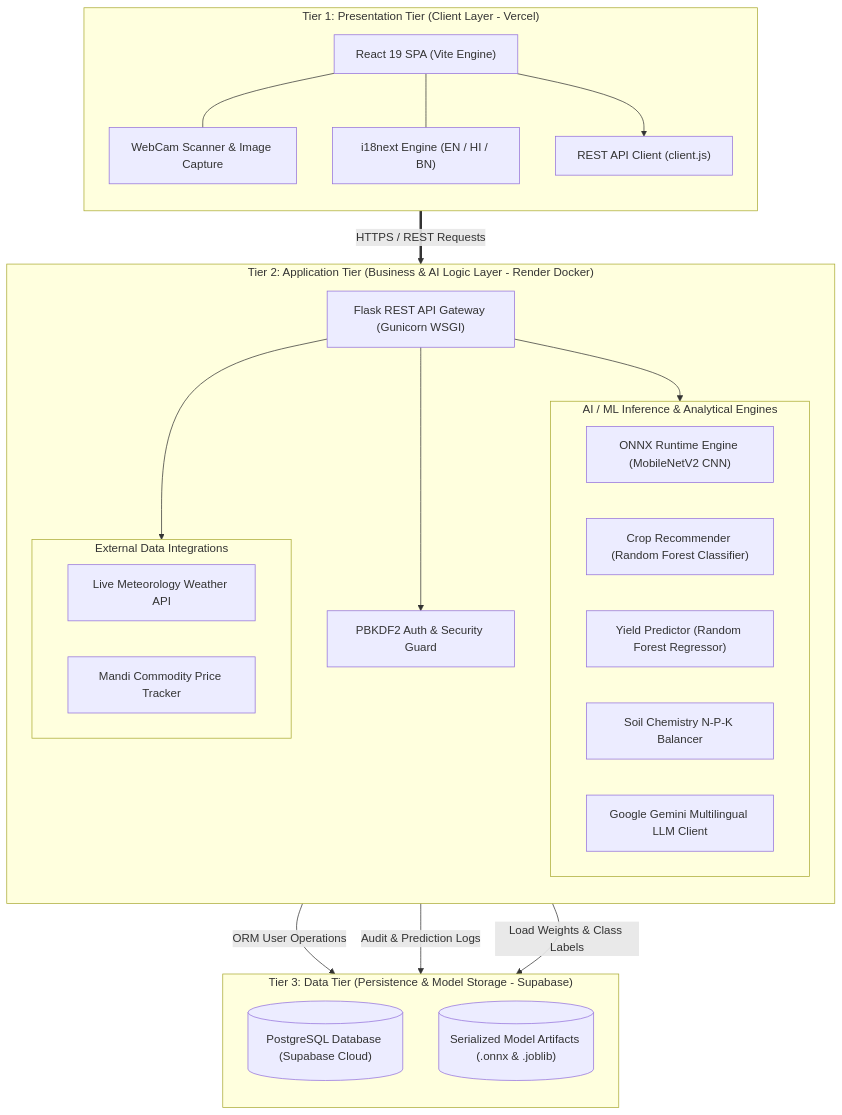
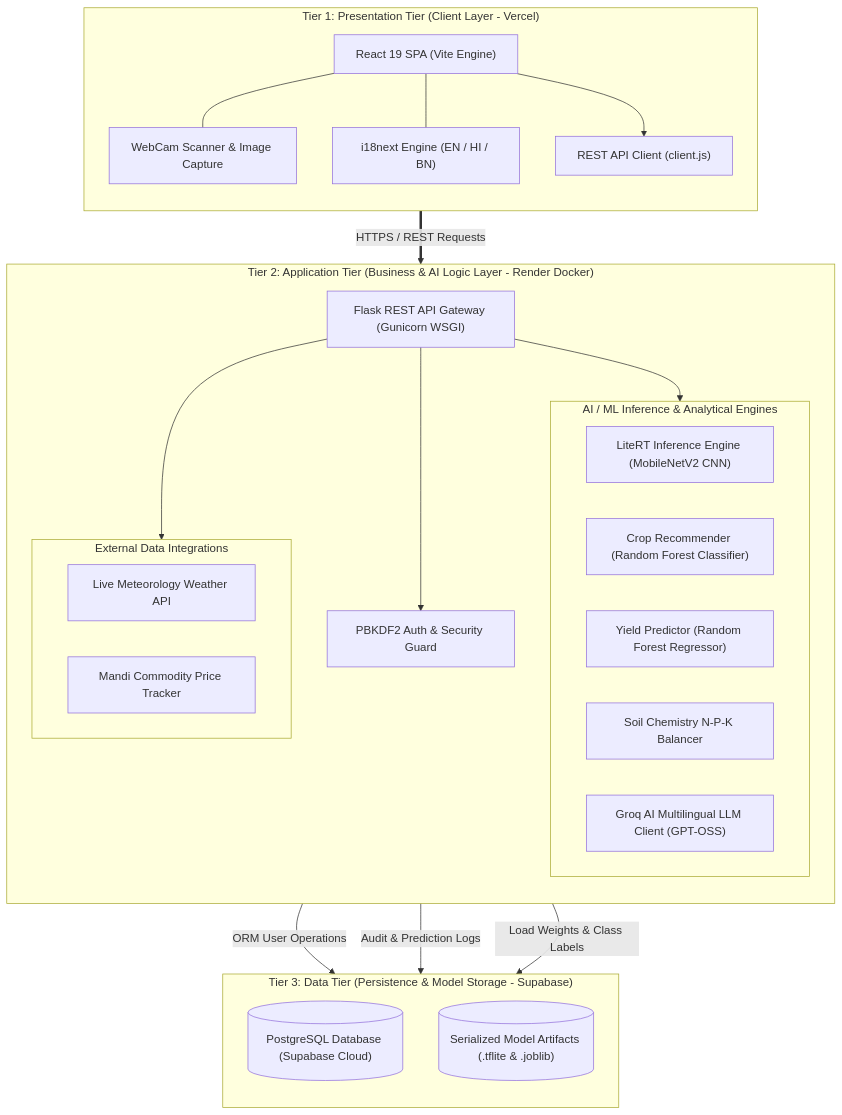
Before and after one commit to Aniruddhasain7/AgriAI: the diagram in README.md, drawn with Mermaid. The commit also changed other lines of this file and 33 other files, not shown here.

````diff
--- a/README.md
+++ b/README.md
@@ -55,49 +55,49 @@
 ```mermaid
 graph TB
     subgraph Tier1["Tier 1: Presentation Tier (Client Layer - Vercel)"]
         direction TB
         UI["React 19 SPA (Vite Engine)"]
         Cam["WebCam Scanner & Image Capture"]
         I18N["i18next Engine (EN / HI / BN)"]
         APIClient["REST API Client (client.js)"]
 
         UI --- Cam
         UI --- I18N
         UI --> APIClient
     end
 
     subgraph Tier2["Tier 2: Application Tier (Business & AI Logic Layer - Render Docker)"]
         direction TB
         Flask["Flask REST API Gateway (Gunicorn WSGI)"]
         Auth["PBKDF2 Auth & Security Guard"]
 
         subgraph ML_AI["AI / ML Inference & Analytical Engines"]
-            ONNX["ONNX Runtime Engine (MobileNetV2 CNN)"]
+            LiteRT["LiteRT Inference Engine (MobileNetV2 CNN)"]
             CropRF["Crop Recommender (Random Forest Classifier)"]
             YieldRF["Yield Predictor (Random Forest Regressor)"]
             SoilEng["Soil Chemistry N-P-K Balancer"]
-            LLM["Google Gemini Multilingual LLM Client"]
+            LLM["Groq AI Multilingual LLM Client (GPT-OSS)"]
         end
 
         subgraph ExternalAPIs["External Data Integrations"]
             Weather["Live Meteorology Weather API"]
             Market["Mandi Commodity Price Tracker"]
         end
 
         Flask --> Auth
         Flask --> ML_AI
         Flask --> ExternalAPIs
     end
 
     subgraph Tier3["Tier 3: Data Tier (Persistence & Model Storage - Supabase)"]
         direction TB
         DB[("PostgreSQL Database (Supabase Cloud)")]
-        Models[("Serialized Model Artifacts (.onnx & .joblib)")]
+        Models[("Serialized Model Artifacts (.tflite & .joblib)")]
     end
 
     %% Tier Data Flow
     APIClient ==>|HTTPS / REST Requests| Flask
     Auth -->|ORM User Operations| DB
     ML_AI -->|Audit & Prediction Logs| DB
     ML_AI -->|Load Weights & Class Labels| Models
 ```
````
